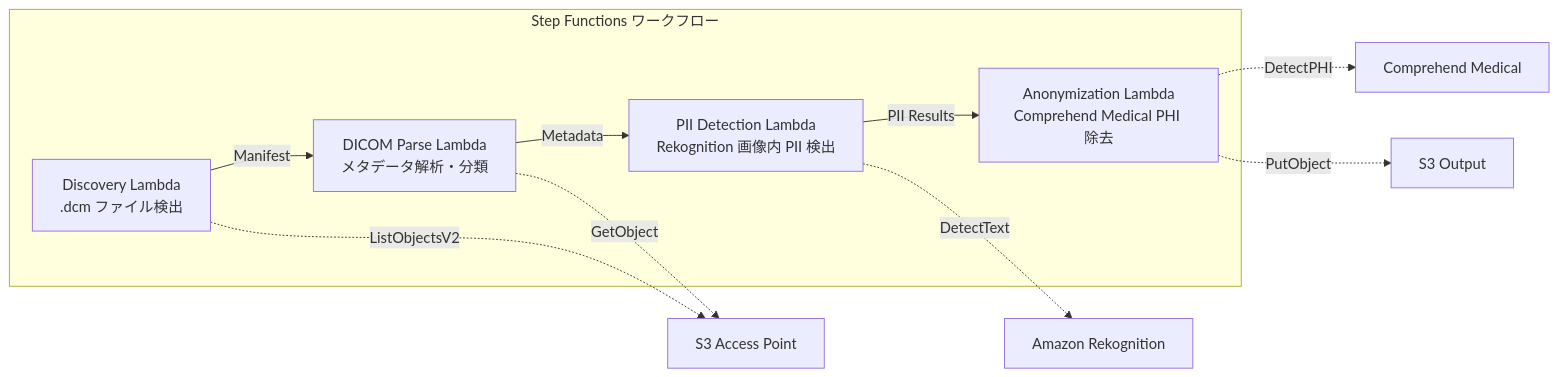
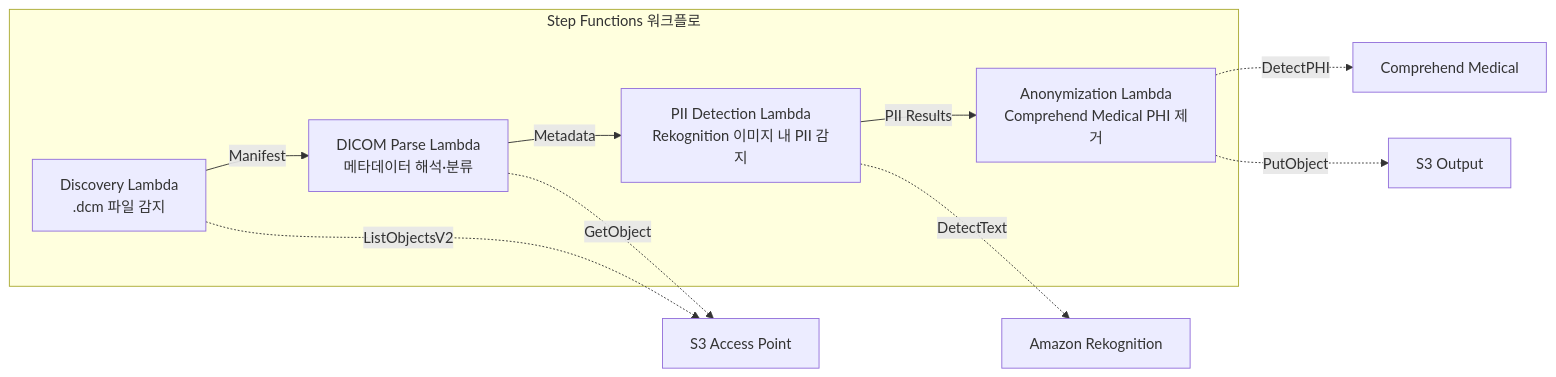
Before and after one commit to Yoshiki0705/FSx-for-ONTAP-S3AccessPoints-Serverless-Patterns: the diagram in solutions/industry/healthcare-dicom/README.ko.md, drawn with Mermaid. The commit also changed other lines of this file and 20 other files, not shown here.

````diff
--- a/solutions/industry/healthcare-dicom/README.ko.md
+++ b/solutions/industry/healthcare-dicom/README.ko.md
@@ -26,19 +56,19 @@
 ```mermaid
 graph LR
-    subgraph "Step Functions ワークフロー"
-        D[Discovery Lambda<br/>.dcm ファイル検出]
-        DP[DICOM Parse Lambda<br/>メタデータ解析・分類]
-        PII[PII Detection Lambda<br/>Rekognition 画像内 PII 検出]
-        ANON[Anonymization Lambda<br/>Comprehend Medical PHI 除去]
+    subgraph "Step Functions 워크플로"
+        D[Discovery Lambda<br/>.dcm 파일 감지]
+        DP[DICOM Parse Lambda<br/>메타데이터 해석·분류]
+        PII[PII Detection Lambda<br/>Rekognition 이미지 내 PII 감지]
+        ANON[Anonymization Lambda<br/>Comprehend Medical PHI 제거]
     end
 
     D -->|Manifest| DP
     DP -->|Metadata| PII
     PII -->|PII Results| ANON
 
     D -.->|ListObjectsV2| S3AP[S3 Access Point]
     DP -.->|GetObject| S3AP
     PII -.->|DetectText| Rekognition[Amazon Rekognition]
     ANON -.->|DetectPHI| CM[Comprehend Medical]
     ANON -.->|PutObject| S3OUT[S3 Output]
 ```
````
